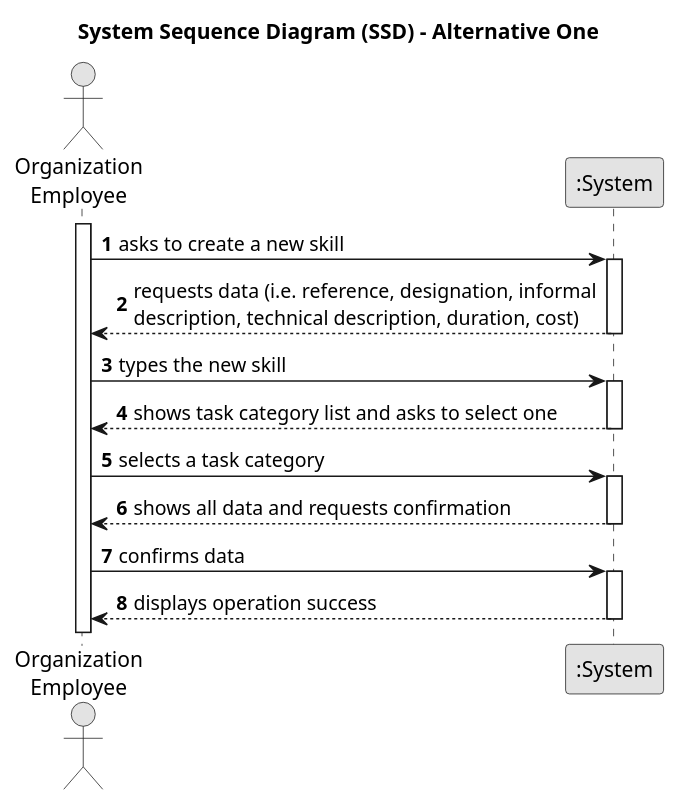
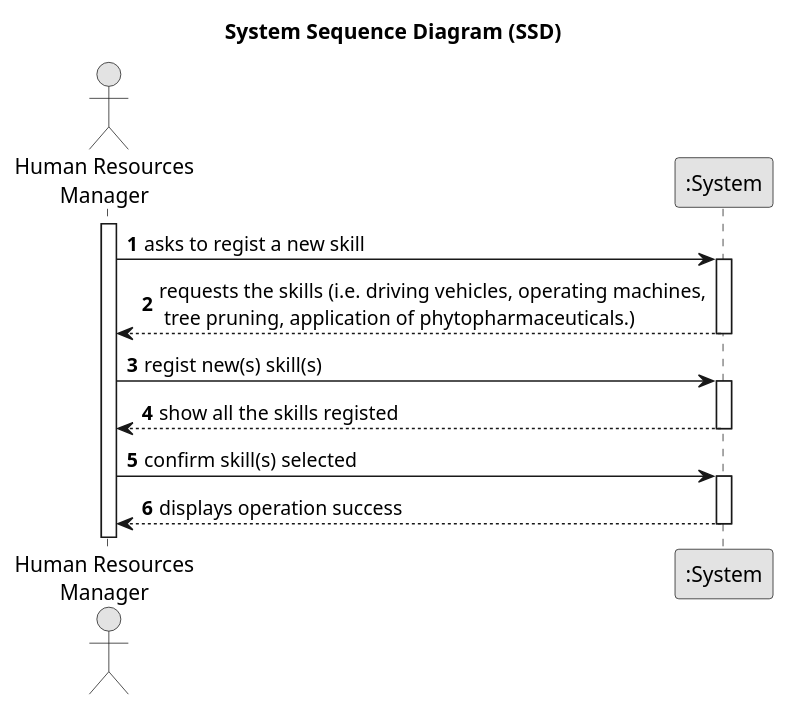
Before and after one commit to 1231360-ISEP/lei-24-s2-1db-g021: the diagram in docs/sprintA/us001/01.requirements-engineering/puml/us001-system-sequence-diagram-alternative-one.puml, drawn with PlantUML. The commit also changed 3 other files, not shown here.

```diff
--- a/docs/sprintA/us001/01.requirements-engineering/puml/us001-system-sequence-diagram-alternative-one.puml
+++ b/docs/sprintA/us001/01.requirements-engineering/puml/us001-system-sequence-diagram-alternative-one.puml
@@ -1,39 +1,34 @@
 @startuml
 skinparam monochrome true
 skinparam packageStyle rectangle
 skinparam shadowing false
 
-title System Sequence Diagram (SSD) - Alternative One
+title System Sequence Diagram (SSD)
 
 autonumber
 
-actor "Organization\nEmployee" as Employee
+actor "Human Resources\nManager" as HRM
 participant ":System" as System
 
-activate Employee
+activate HRM
 
-    Employee -> System : asks to create a new skill
+    HRM -> System : asks to regist a new skill
     activate System
 
-        System --> Employee : requests data (i.e. reference, designation, informal\ndescription, technical description, duration, cost)
+        System --> HRM : requests the skills (i.e. driving vehicles, operating machines,\n tree pruning, application of phytopharmaceuticals.)
     deactivate System
 
-    Employee -> System : types the new skill
+    HRM -> System : regist new(s) skill(s)
     activate System
 
-        System --> Employee : shows task category list and asks to select one
+        System --> HRM : show all the skills registed
     deactivate System
 
-    Employee -> System : selects a task category
+    HRM -> System : confirm skill(s) selected
     activate System
 
-        System --> Employee : shows all data and requests confirmation
+        System --> HRM : displays operation success
     deactivate System
 
-    Employee -> System : confirms data
-    activate System
-
-        System --> Employee : displays operation success
-    deactivate System
 
 @enduml
```
